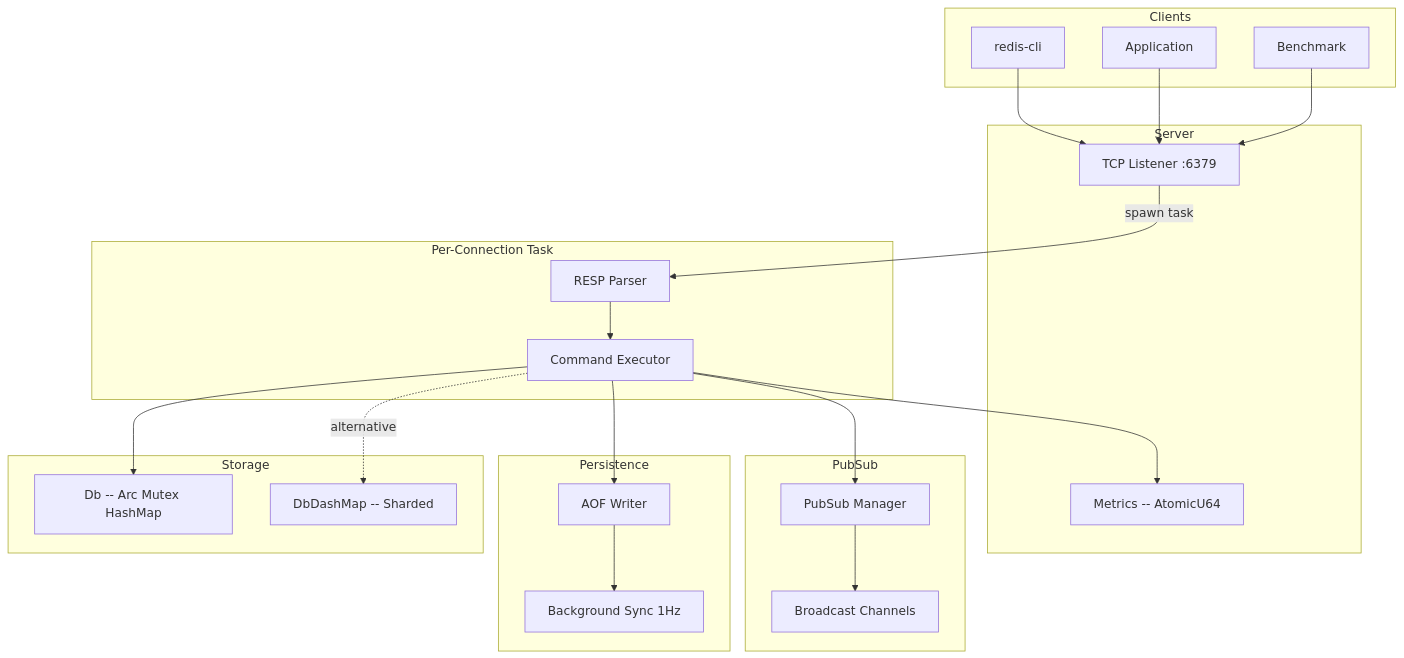
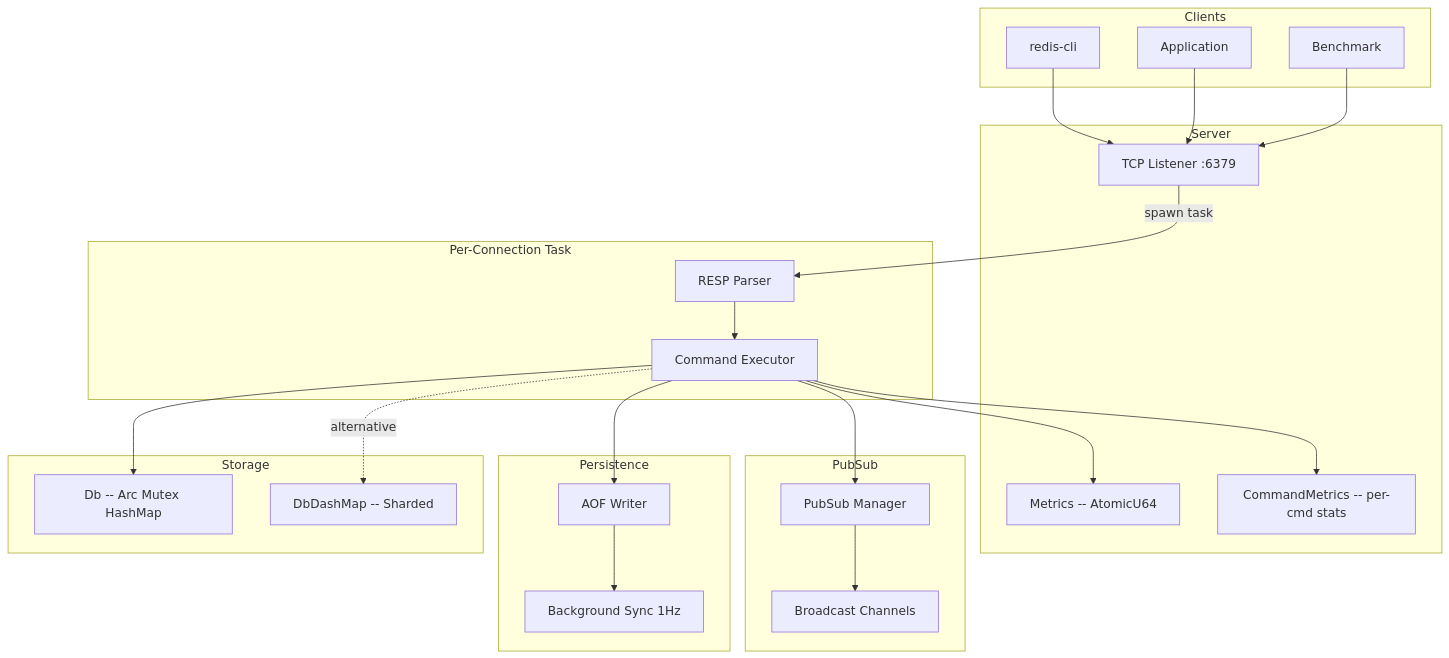
Before and after one commit to Saksham932007/RustRedis: the diagram in README.md, drawn with Mermaid. The commit also changed other lines of this file and 5 other files, not shown here.

````diff
--- a/README.md
+++ b/README.md
@@ -23,41 +23,43 @@
 ```mermaid
 graph TB
     subgraph Clients
         C1["redis-cli"]
         C2["Application"]
         C3["Benchmark"]
     end
 
     subgraph Server
         L["TCP Listener :6379"]
         M["Metrics -- AtomicU64"]
+        CM["CommandMetrics -- per-cmd stats"]
     end
 
     subgraph Per-Connection Task
         FP["RESP Parser"]
         CE["Command Executor"]
     end
 
     subgraph Storage
         DB1["Db -- Arc Mutex HashMap"]
         DB2["DbDashMap -- Sharded"]
     end
 
     subgraph Persistence
         AOF["AOF Writer"]
         BG["Background Sync 1Hz"]
     end
 
     subgraph PubSub
         PS["PubSub Manager"]
         BC["Broadcast Channels"]
     end
 
     C1 & C2 & C3 --> L
     L -->|spawn task| FP --> CE
     CE --> DB1
     CE -.->|alternative| DB2
     CE --> AOF --> BG
     CE --> PS --> BC
     CE --> M
+    CE --> CM
 ```
````
